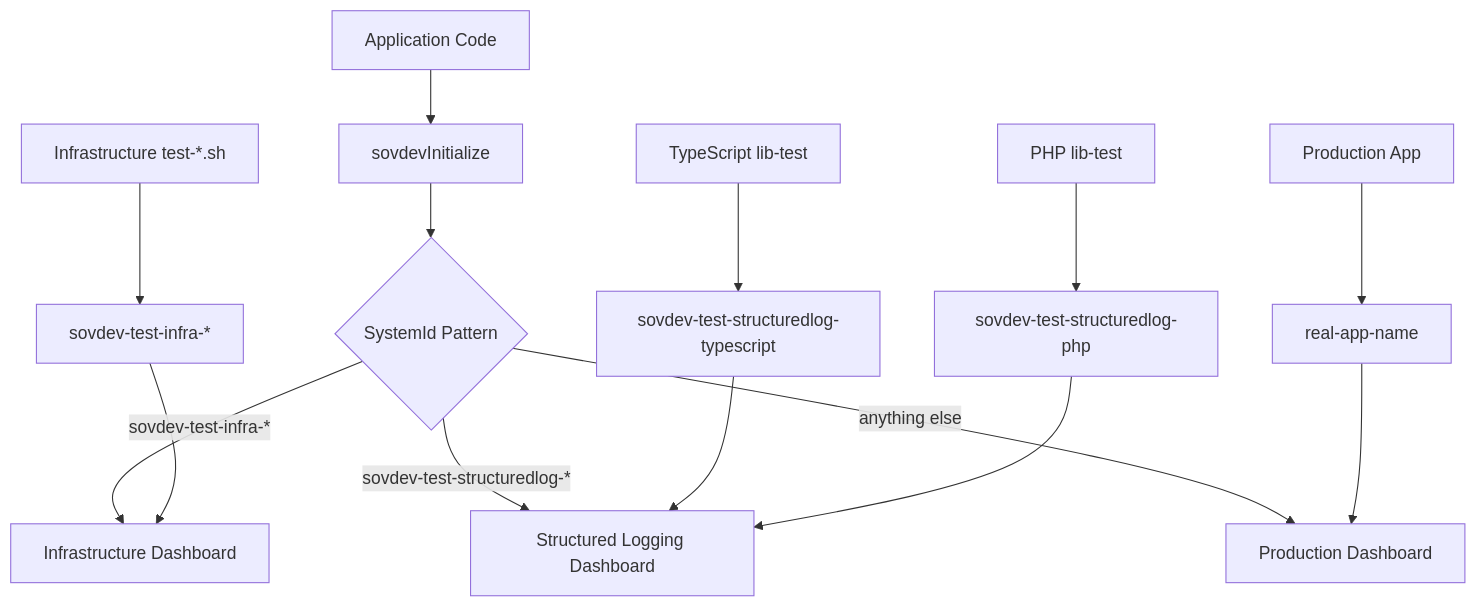
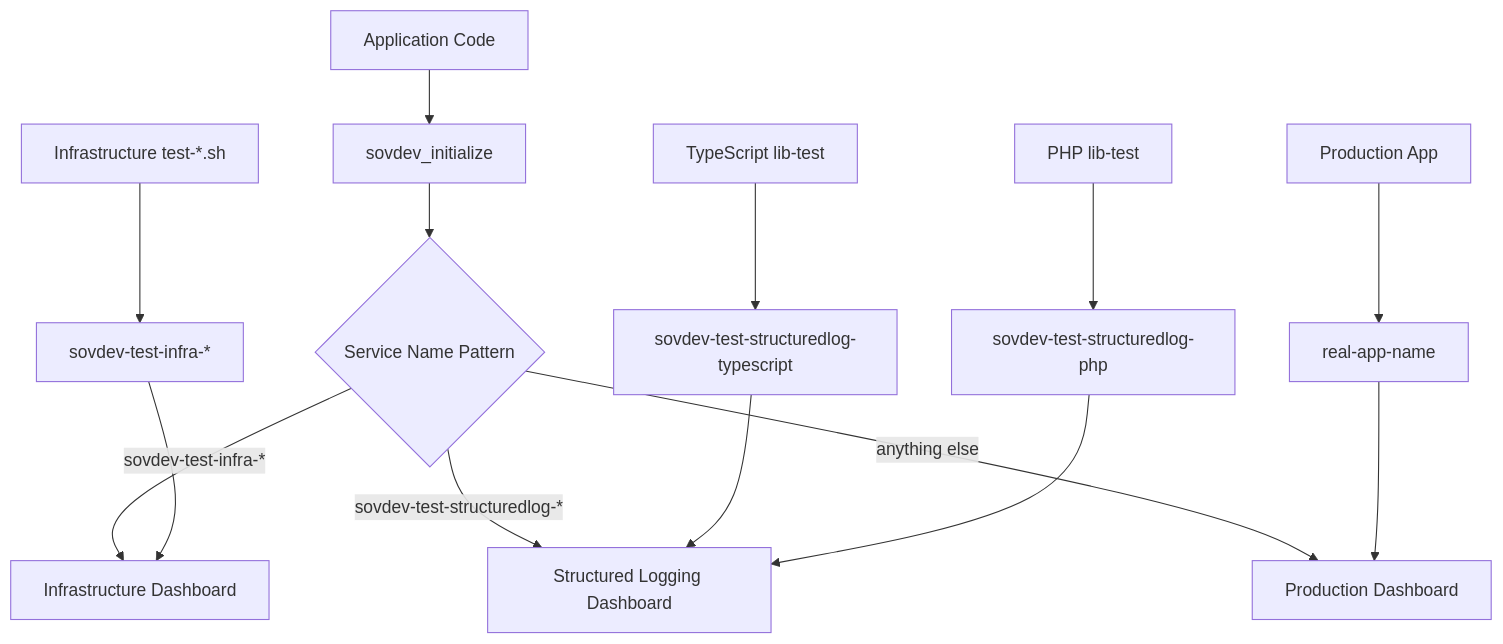
The diagram in docs/README-observability-architecture.md (norwegianredcross/sovdev-logger), drawn with Mermaid before and after one commit. The commit also changed other lines of this file and 29 other files, not shown here.

````diff
--- a/docs/README-observability-architecture.md
+++ b/docs/README-observability-architecture.md
@@ -154,19 +177,19 @@
 ```mermaid
 graph TD
-    A[Application Code] --> B[sovdevInitialize]
-    B --> C{SystemId Pattern}
+    A[Application Code] --> B[sovdev_initialize]
+    B --> C{Service Name Pattern}
     
     C -->|sovdev-test-infra-*| D[Infrastructure Dashboard]
     C -->|sovdev-test-structuredlog-*| E[Structured Logging Dashboard]
     C -->|anything else| F[Production Dashboard]
     
     G[TypeScript lib-test] --> H[sovdev-test-structuredlog-typescript]
     I[PHP lib-test] --> J[sovdev-test-structuredlog-php]
     K[Infrastructure test-*.sh] --> L[sovdev-test-infra-*]
     M[Production App] --> N[real-app-name]
     
     H --> E
     J --> E
     L --> D
     N --> F
 ```
````
